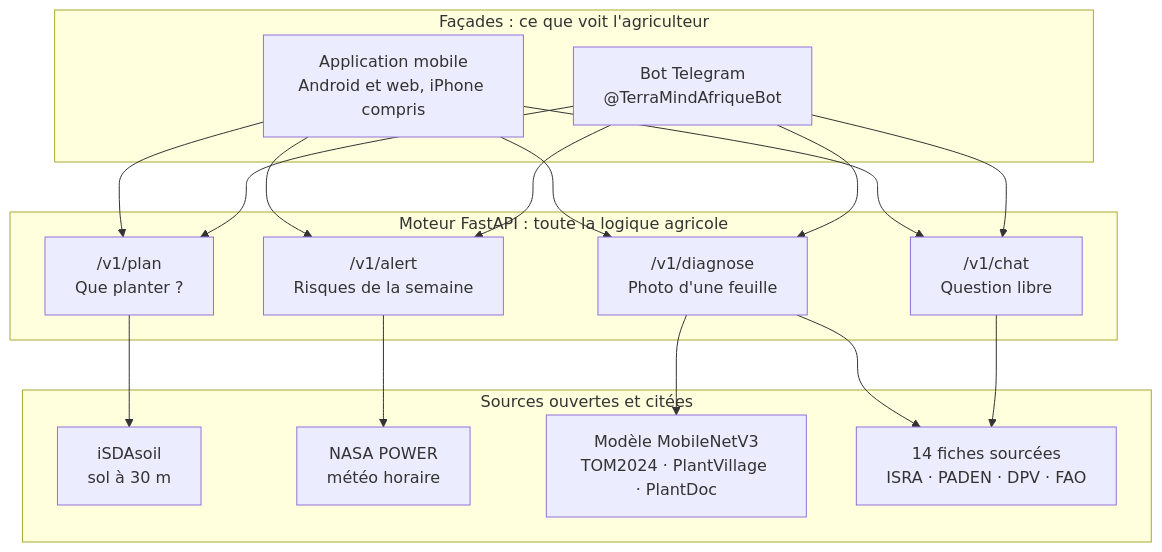
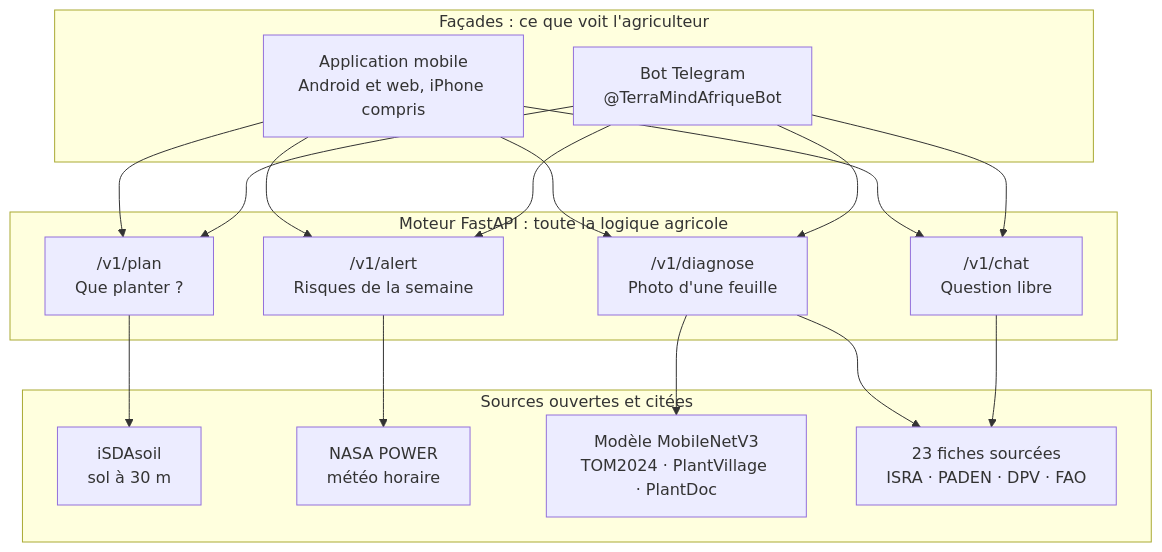
One commit to Oscar-AS/Terramind changed the diagram in README.md. Above: the diagram before and after it, drawn with Mermaid. The commit also changed other lines of this file and 2 other files, not shown here.

Commit message:
docs: README à jour (23 fiches, 4 temps, 3 vérifications) ; libellés simples (tache cible, cul noir)

````diff
--- a/README.md
+++ b/README.md
@@ -25,26 +25,26 @@
 ```mermaid
 flowchart TB
     subgraph F["Façades : ce que voit l'agriculteur"]
       APP["Application mobile<br/>Android et web, iPhone compris"]
       TG["Bot Telegram<br/>@TerraMindAfriqueBot"]
     end
     subgraph M["Moteur FastAPI : toute la logique agricole"]
       PL["/v1/plan<br/>Que planter ?"]
       AL["/v1/alert<br/>Risques de la semaine"]
       DI["/v1/diagnose<br/>Photo d'une feuille"]
       CH["/v1/chat<br/>Question libre"]
     end
     subgraph S["Sources ouvertes et citées"]
       SOL["iSDAsoil<br/>sol à 30 m"]
       MET["NASA POWER<br/>météo horaire"]
       MOD["Modèle MobileNetV3<br/>TOM2024 · PlantVillage · PlantDoc"]
-      FIC["14 fiches sourcées<br/>ISRA · PADEN · DPV · FAO"]
+      FIC["23 fiches sourcées<br/>ISRA · PADEN · DPV · FAO"]
     end
     APP --> PL & AL & DI & CH
     TG --> PL & AL & DI & CH
     PL --> SOL
     AL --> MET
     DI --> MOD
     DI --> FIC
     CH --> FIC
 ```
````
